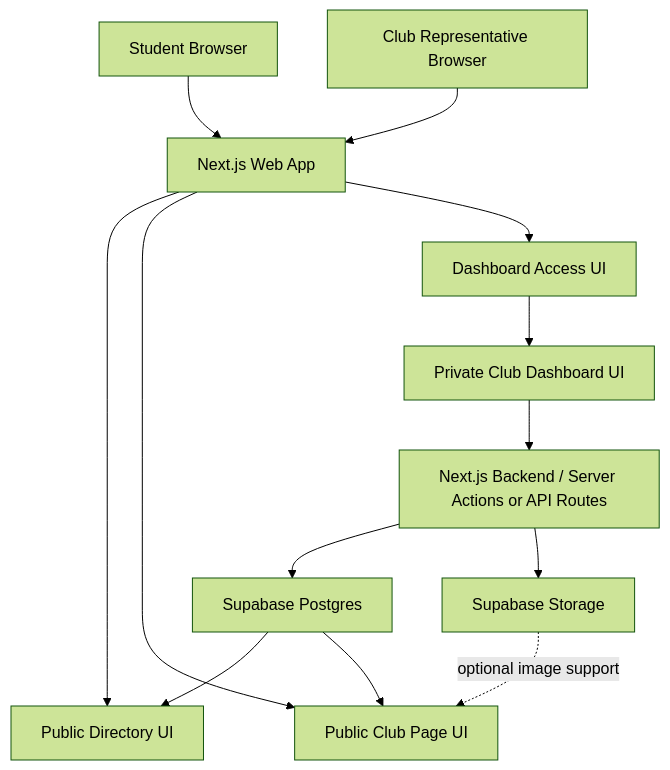
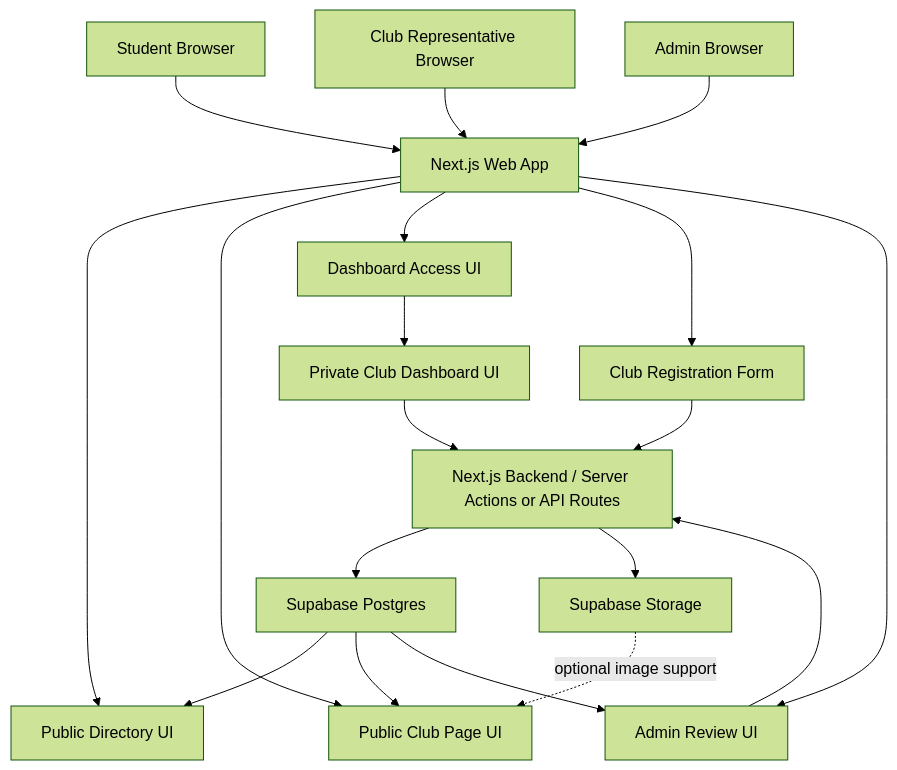
One commit to Spec700/BruinLink changed the first of 3 diagrams in BruinLink-PRD.md. Above: the diagram before and after it, drawn with Mermaid (forest theme). The commit also changed other lines of this file and 11 other files, not shown here.

Commit message:
Add club registration admin review workflow

````diff
--- a/BruinLink-PRD.md
+++ b/BruinLink-PRD.md
@@ -361,18 +480,24 @@
 ```mermaid
 flowchart TD
     A[Student Browser] --> B[Next.js Web App]
     C[Club Representative Browser] --> B
+    K[Admin Browser] --> B
 
     B --> D[Public Directory UI]
     B --> E[Public Club Page UI]
     B --> F[Dashboard Access UI]
+    B --> M[Club Registration Form]
+    B --> N[Admin Review UI]
     F --> G[Private Club Dashboard UI]
     G --> H[Next.js Backend / Server Actions or API Routes]
+    M --> H
+    N --> H
 
     H --> I[Supabase Postgres]
     H --> J[Supabase Storage]
 
     I --> D
     I --> E
+    I --> N
     J -. optional image support .-> E
 ```
````
